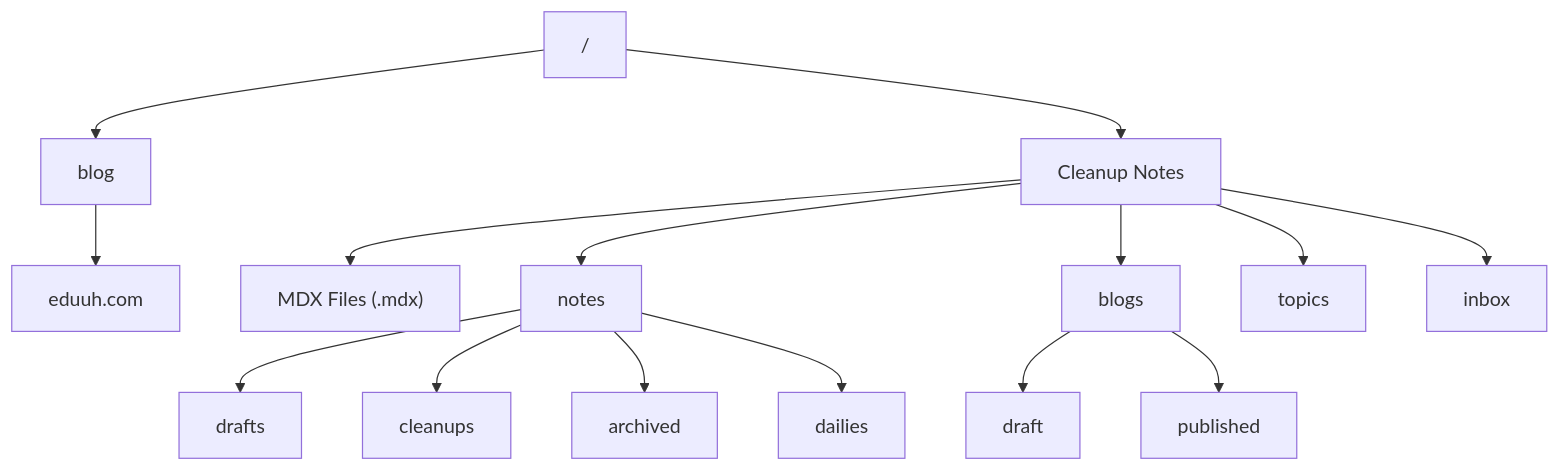
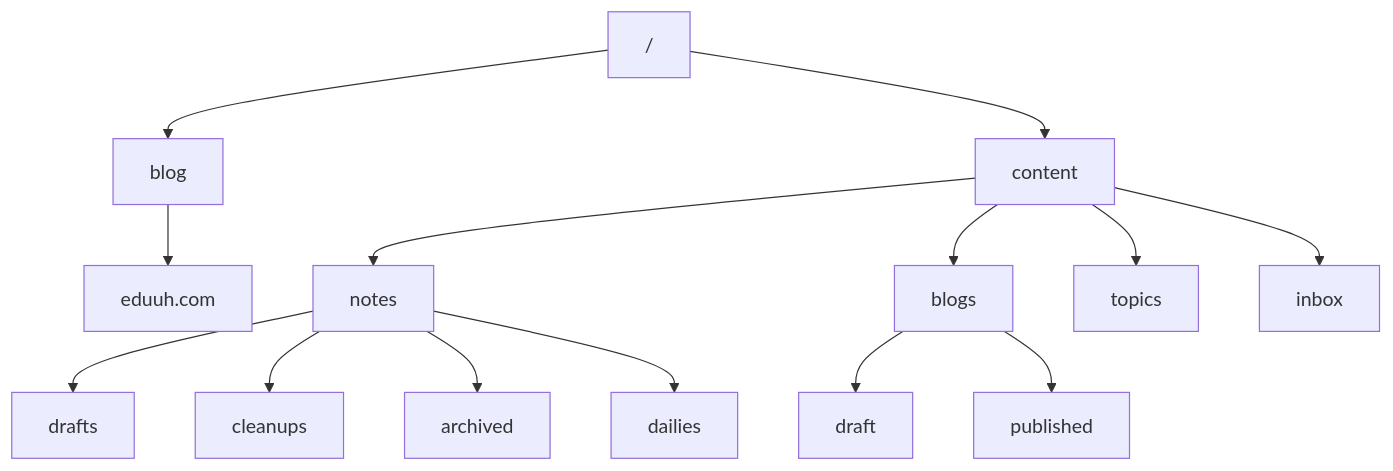
The diagram in readme.md (eduuh/byte_safari), drawn with Mermaid before and after one commit.

Commit message:
Fix mermaid diagram

````diff
--- a/readme.md
+++ b/readme.md
@@ -7,19 +7,18 @@
 ```mermaid
 
 graph TD
     Root["/"]
     Root --> blog --> eduuh.com
-    Root --> content["Cleanup Notes"]
-    content --> MDX["MDX Files (.mdx)"]
+    Root --> content
     content  --> notes
     content --> blogs
     content --> topics
     content --> inbox
     blogs --> draft
     blogs --> published
     notes --> drafts
     notes --> cleanups
     notes --> archived
     notes --> dailies
 
 ```
````
